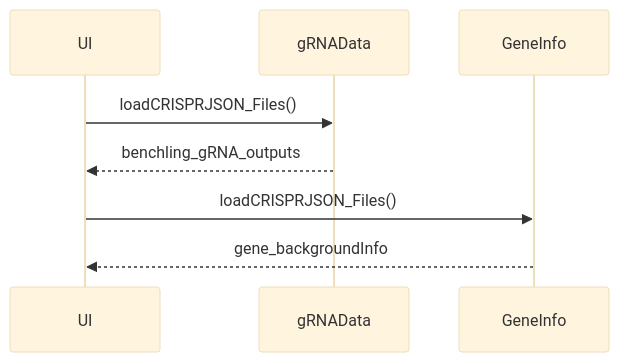
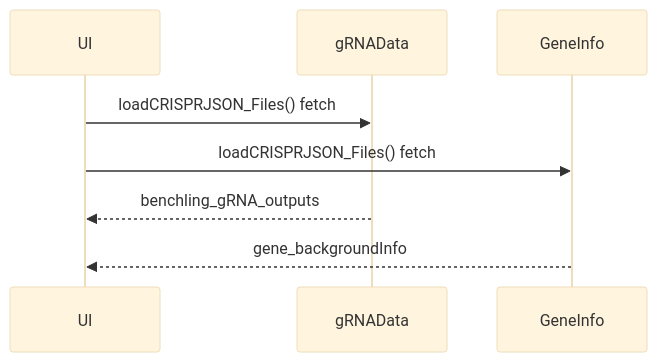
The first of 3 diagrams in docs/guides/marking-algorithm.md (AlexJSully/SciGrade), drawn with Mermaid (base theme) before and after one commit. The commit also changed other lines of this file and 11 other files, not shown here.

````diff
--- a/docs/guides/marking-algorithm.md
+++ b/docs/guides/marking-algorithm.md
@@ -23,9 +23,9 @@
 ```mermaid
 sequenceDiagram
     accTitle: Reference data loading sequence
-    accDescr: A sequence diagram with three participants. The UI calls loadCRISPRJSON_Files twice: the gRNA data source returns benchling_gRNA_outputs, and the gene information source returns gene_backgroundInfo.
- UI->>gRNAData: loadCRISPRJSON_Files()
+    accDescr: A sequence diagram with three participants. One call to loadCRISPRJSON_Files requests both files at the same time: the gRNA data source returns benchling_gRNA_outputs, and the gene information source returns gene_backgroundInfo.
+ UI->>gRNAData: loadCRISPRJSON_Files() fetch
+ UI->>GeneInfo: loadCRISPRJSON_Files() fetch
  gRNAData-->>UI: benchling_gRNA_outputs
- UI->>GeneInfo: loadCRISPRJSON_Files()
  GeneInfo-->>UI: gene_backgroundInfo
 ```
````
